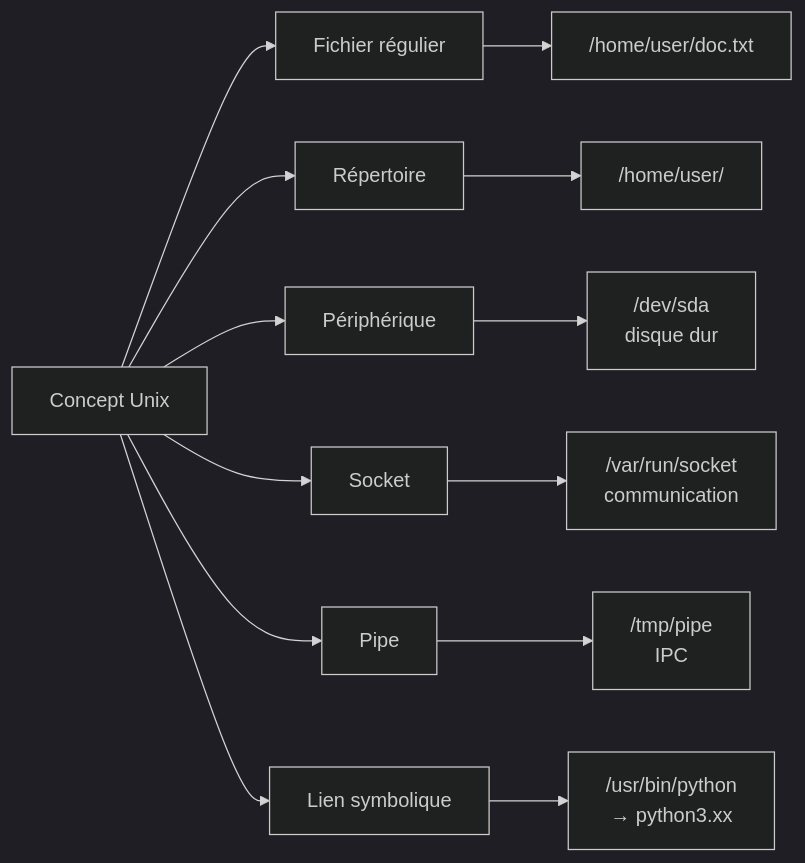
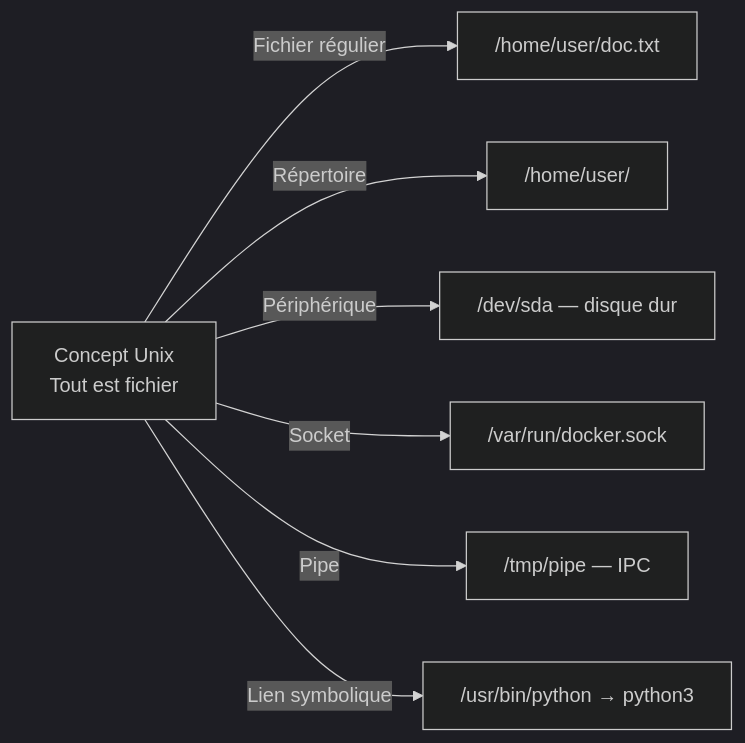
Before and after one commit to zyrass/omnydocs: the third of 10 diagrams in docs/bases/concepts/architecture-unix.md, drawn with Mermaid (dark theme). The commit also changed other lines of this file and 723 other files, not shown here.

````diff
--- a/docs/bases/concepts/architecture-unix.md
+++ b/docs/bases/concepts/architecture-unix.md
@@ -120,16 +107,11 @@
 ```mermaid
-graph LR
-    A[Concept Unix] --> B[Fichier régulier]
-    A --> C[Répertoire]
-    A --> D[Périphérique]
-    A --> E[Socket]
-    A --> F[Pipe]
-    A --> G[Lien symbolique]
-    
-    B --> H["/home/user/doc.txt"]
-    C --> I["/home/user/"]
-    D --> J["/dev/sda<br/>disque dur"]
-    E --> K["/var/run/socket<br/>communication"]
-    F --> L["/tmp/pipe<br/>IPC"]
-    G --> M["/usr/bin/python<br/>→ python3.xx"]
+flowchart LR
+    A["Concept Unix<br />Tout est fichier"]
+
+    A -->|Fichier régulier| B["/home/user/doc.txt"]
+    A -->|Répertoire| C["/home/user/"]
+    A -->|Périphérique| D["/dev/sda — disque dur"]
+    A -->|Socket| E["/var/run/docker.sock"]
+    A -->|Pipe| F["/tmp/pipe — IPC"]
+    A -->|Lien symbolique| G["/usr/bin/python → python3"]
 ```
````
